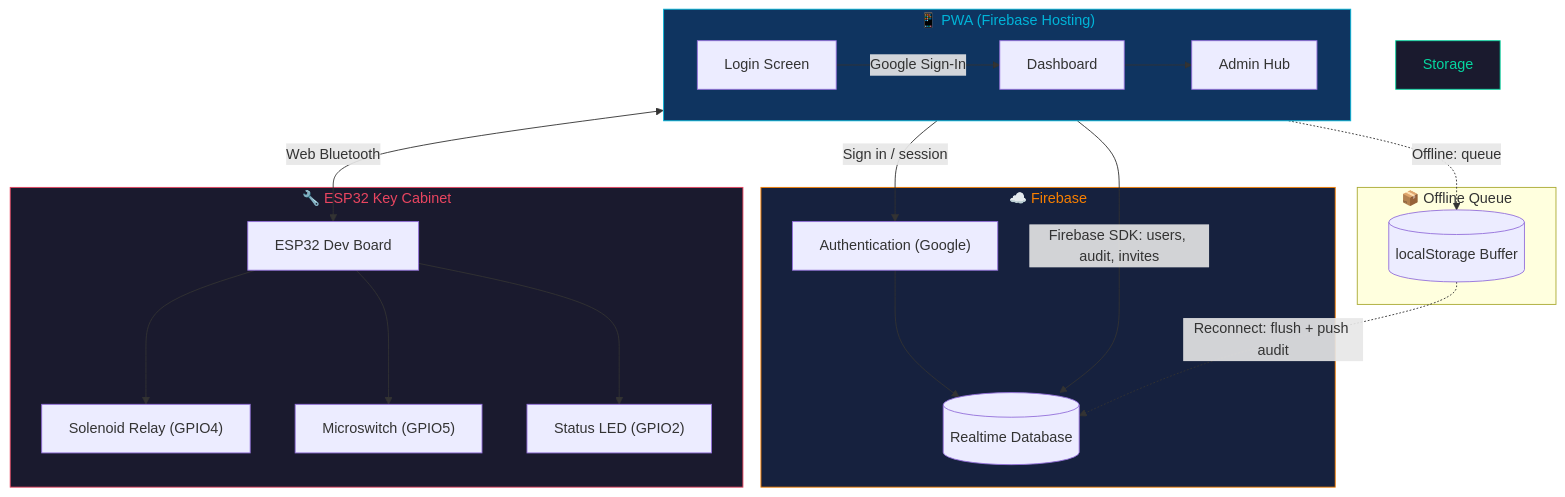
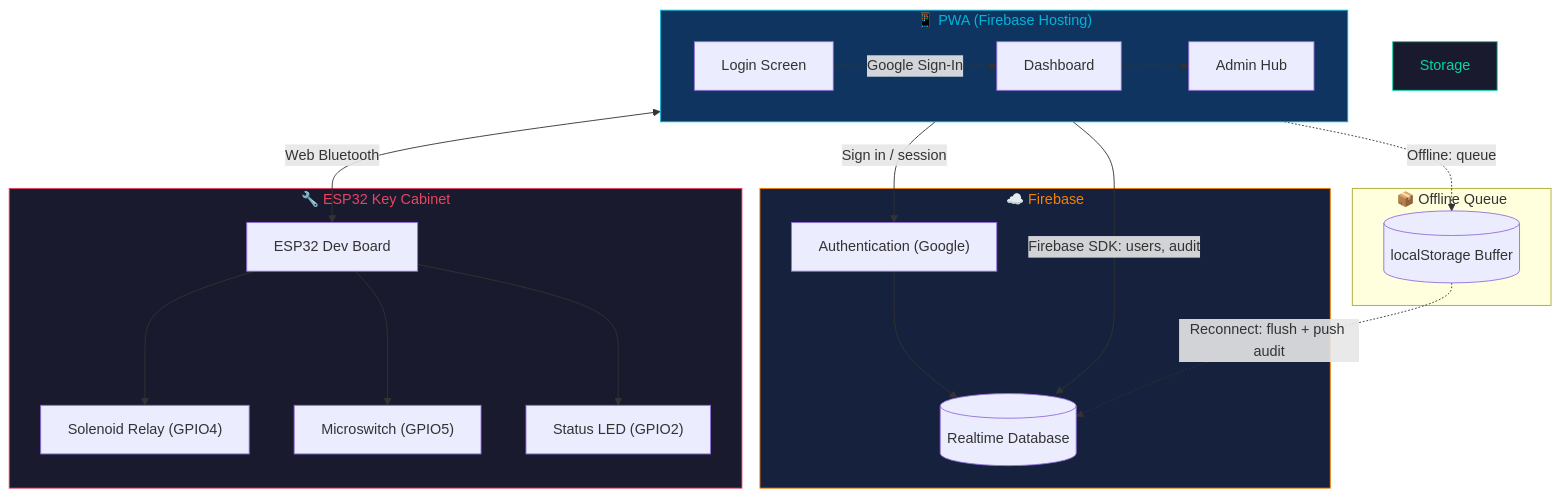
Before and after one commit to wilsonintai76/smart-key-firebase: the diagram in flowchart TB.mmd, drawn with Mermaid. The commit also changed 7 other files, not shown here.

```diff
--- a/flowchart TB.mmd
+++ b/flowchart TB.mmd
@@ -1,37 +1,37 @@
 flowchart TB
     subgraph Hardware["🔧 ESP32 Key Cabinet"]
         ESP["ESP32 Dev Board"]
         Relay["Solenoid Relay (GPIO4)"]
         Switch["Microswitch (GPIO5)"]
         LED["Status LED (GPIO2)"]
         ESP --> Relay & Switch & LED
     end
 
     subgraph PWA["📱 PWA (Firebase Hosting)"]
         Login["Login Screen"]
         Dashboard["Dashboard"]
         Admin["Admin Hub"]
         Login -->|"Google Sign-In"| Dashboard
         Dashboard --> Admin
     end
 
     subgraph Cloud["☁️ Firebase"]
         Auth["Authentication (Google)"]
         RTDB[("Realtime Database")]
         Auth --> RTDB
     end
 
     subgraph Offline["📦 Offline Queue"]
         LS[("localStorage Buffer")]
     end
 
     PWA <-->|"Web Bluetooth"| ESP
     PWA -->|"Sign in / session"| Auth
-    PWA -->|"Firebase SDK: users, audit, invites"| RTDB
+    PWA -->|"Firebase SDK: users, audit"| RTDB
     PWA -.->|"Offline: queue"| LS
     LS -.->|"Reconnect: flush + push audit"| RTDB
 
     style Hardware fill:#1a1a2e,color:#e94560,stroke:#e94560
     style PWA fill:#0f3460,color:#00b4d8,stroke:#00b4d8
     style Cloud fill:#16213e,color:#f77f00,stroke:#f77f00
     style Storage fill:#1a1a2e,color:#06d6a0,stroke:#06d6a0
```
